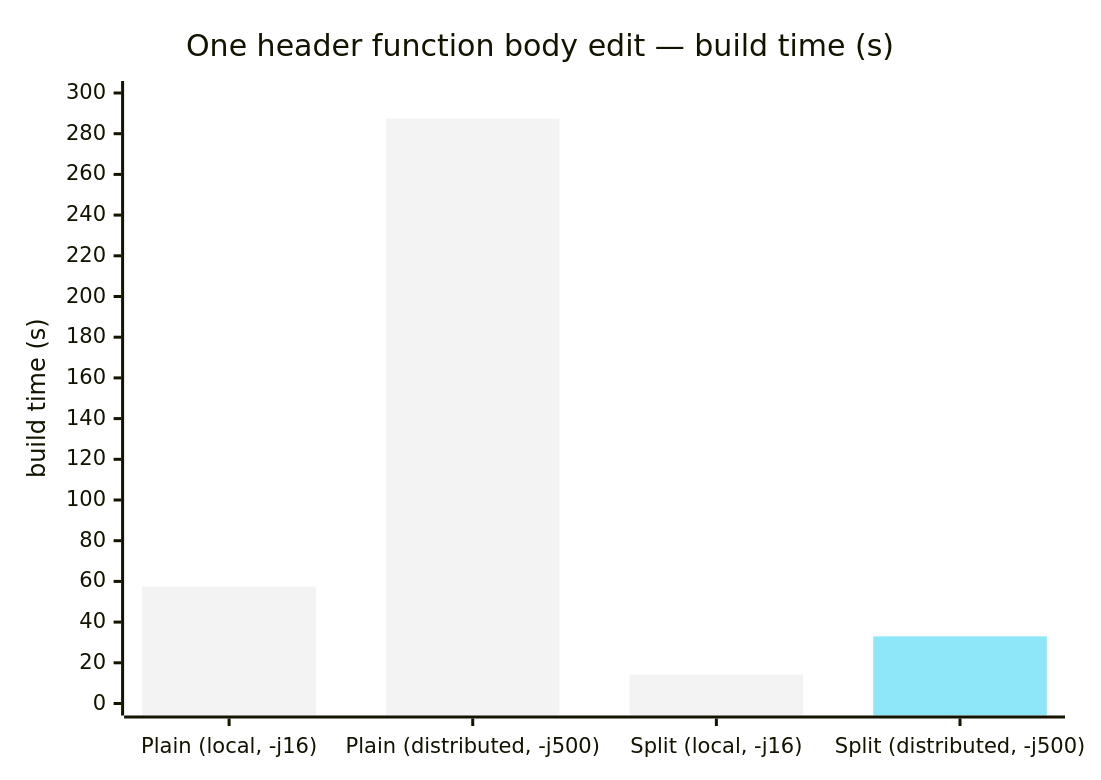
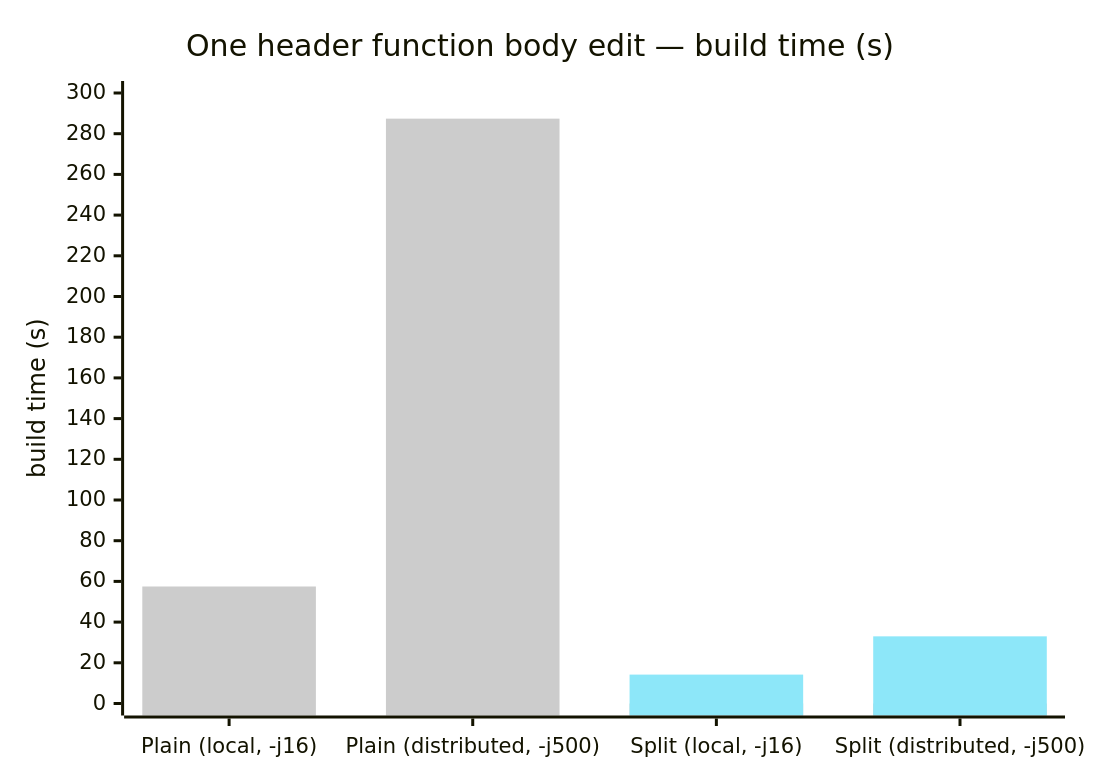
Before and after one commit to daminetreg/splitter: the second of 2 diagrams in blog_boost_spirit_test_suite.md, drawn with Mermaid. The commit also changed other lines of this file, not shown here.

First line of the commit message:
:lipstick: one-bullet scenario, both split bars highlighted, no memory remarks

````diff
--- a/blog_boost_spirit_test_suite.md
+++ b/blog_boost_spirit_test_suite.md
@@ -160,18 +156,18 @@
 ```mermaid
 ---
 config:
   themeVariables:
     xyChart:
-      plotColorPalette: '#f3f3f3, #8de7f9'
+      plotColorPalette: '#cccccc, #8de7f9'
 ---
 xychart
     title "One header function body edit — build time (s)"
     x-axis ["Plain (local, -j16)", "Plain (distributed, -j500)", "Split (local, -j16)", "Split (distributed, -j500)"]
     y-axis "build time (s)" 0 --> 300
 
     %% neutral base
-    bar [57.5, 287.4, 14.2, 0]
+    bar [57.5, 287.4, 0, 0]
 
-    %% the split produced on the cluster, highlighted
-    bar [-300, -300, -300, 33.0]
+    %% split builds, highlighted
+    bar [-300, -300, 14.2, 33.0]
 ```
````
